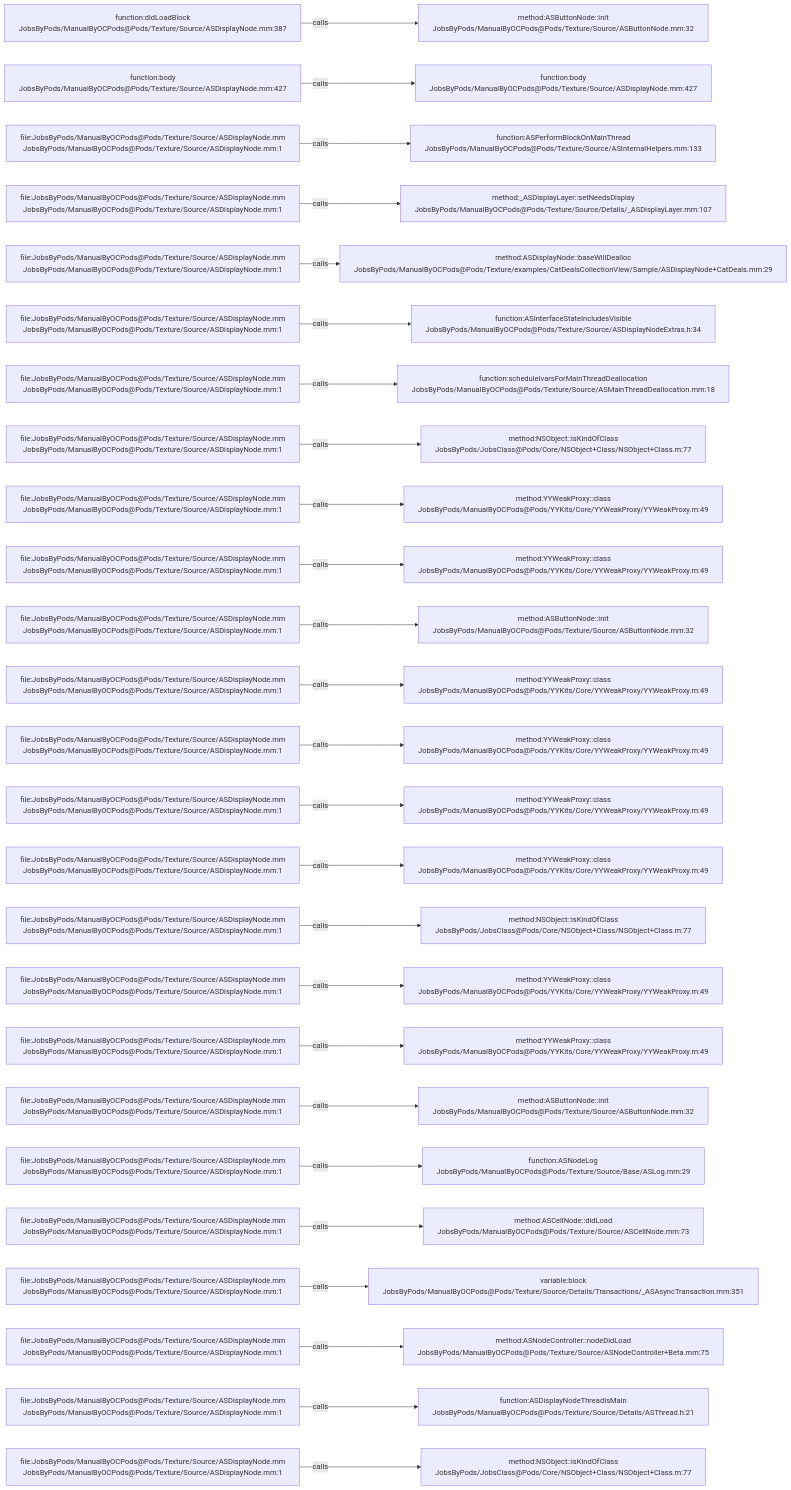
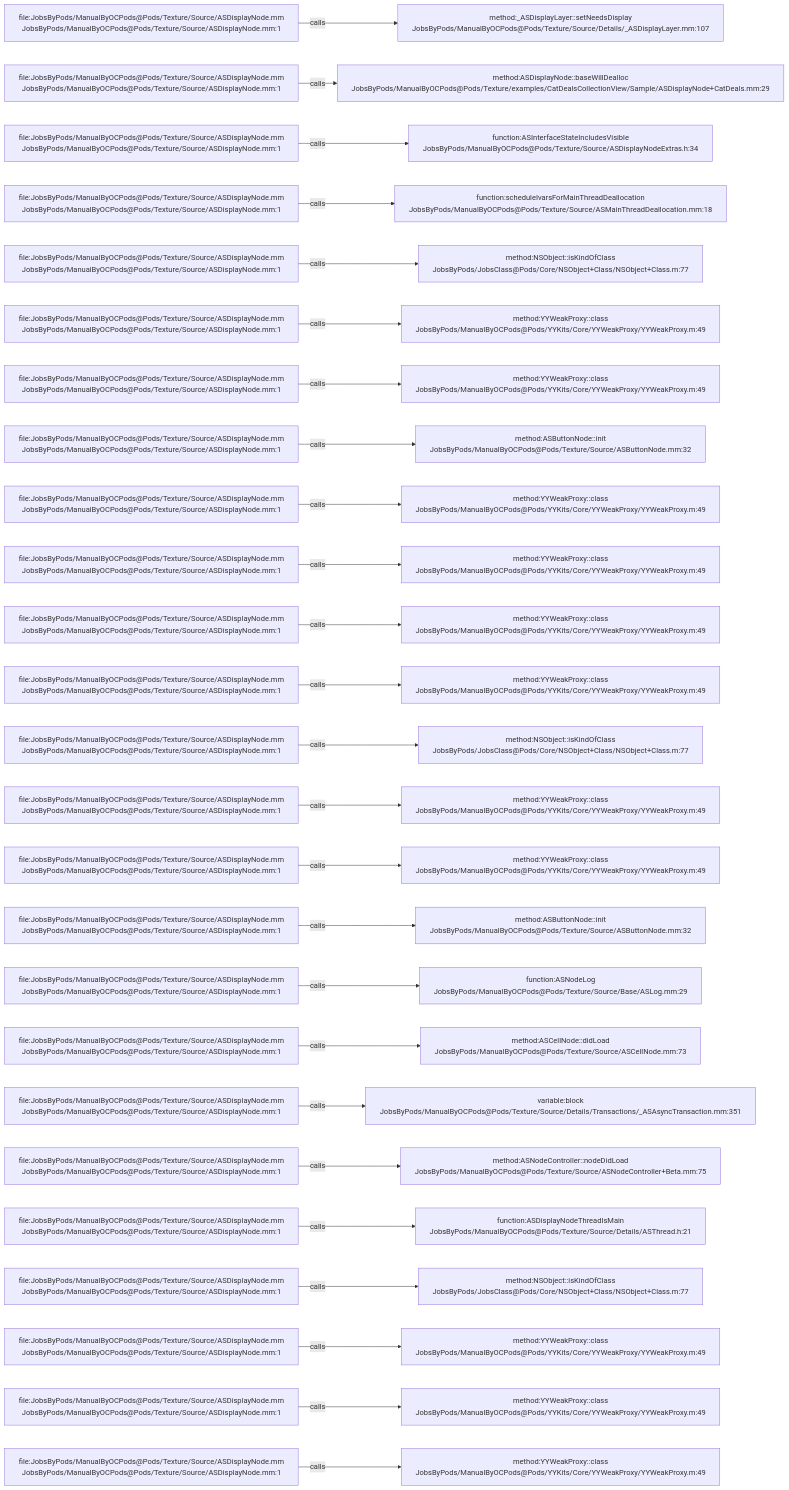
Before and after one commit to JobsKits/JobsOCBaseConfigDemo: the diagram in .codegraph/codegraph.md/graphs/calls-099.md, drawn with Mermaid. The commit also changed 342 other files, not shown here.

````diff
--- a/.codegraph/codegraph.md/graphs/calls-099.md
+++ b/.codegraph/codegraph.md/graphs/calls-099.md
@@ -13,78 +13,78 @@
 ```mermaid
 flowchart LR
-  S1["function:didLoadBlock<br/>JobsByPods/ManualByOCPods@Pods/Texture/Source/ASDisplayNode.mm:387"]
-  T1["method:ASButtonNode::init<br/>JobsByPods/ManualByOCPods@Pods/Texture/Source/ASButtonNode.mm:32"]
+  S1["file:JobsByPods/ManualByOCPods@Pods/Texture/Source/ASDisplayNode.mm<br/>JobsByPods/ManualByOCPods@Pods/Texture/Source/ASDisplayNode.mm:1"]
+  T1["method:_ASDisplayLayer::setNeedsDisplay<br/>JobsByPods/ManualByOCPods@Pods/Texture/Source/Details/_ASDisplayLayer.mm:107"]
   S1 -->|calls| T1
-  S2["function:body<br/>JobsByPods/ManualByOCPods@Pods/Texture/Source/ASDisplayNode.mm:427"]
-  T2["function:body<br/>JobsByPods/ManualByOCPods@Pods/Texture/Source/ASDisplayNode.mm:427"]
+  S2["file:JobsByPods/ManualByOCPods@Pods/Texture/Source/ASDisplayNode.mm<br/>JobsByPods/ManualByOCPods@Pods/Texture/Source/ASDisplayNode.mm:1"]
+  T2["method:ASDisplayNode::baseWillDealloc<br/>JobsByPods/ManualByOCPods@Pods/Texture/examples/CatDealsCollectionView/Sample/ASDisplayNode+CatDeals.mm:29"]
   S2 -->|calls| T2
   S3["file:JobsByPods/ManualByOCPods@Pods/Texture/Source/ASDisplayNode.mm<br/>JobsByPods/ManualByOCPods@Pods/Texture/Source/ASDisplayNode.mm:1"]
-  T3["function:ASPerformBlockOnMainThread<br/>JobsByPods/ManualByOCPods@Pods/Texture/Source/ASInternalHelpers.mm:133"]
+  T3["function:ASInterfaceStateIncludesVisible<br/>JobsByPods/ManualByOCPods@Pods/Texture/Source/ASDisplayNodeExtras.h:34"]
   S3 -->|calls| T3
   S4["file:JobsByPods/ManualByOCPods@Pods/Texture/Source/ASDisplayNode.mm<br/>JobsByPods/ManualByOCPods@Pods/Texture/Source/ASDisplayNode.mm:1"]
-  T4["method:_ASDisplayLayer::setNeedsDisplay<br/>JobsByPods/ManualByOCPods@Pods/Texture/Source/Details/_ASDisplayLayer.mm:107"]
+  T4["function:scheduleIvarsForMainThreadDeallocation<br/>JobsByPods/ManualByOCPods@Pods/Texture/Source/ASMainThreadDeallocation.mm:18"]
   S4 -->|calls| T4
   S5["file:JobsByPods/ManualByOCPods@Pods/Texture/Source/ASDisplayNode.mm<br/>JobsByPods/ManualByOCPods@Pods/Texture/Source/ASDisplayNode.mm:1"]
-  T5["method:ASDisplayNode::baseWillDealloc<br/>JobsByPods/ManualByOCPods@Pods/Texture/examples/CatDealsCollectionView/Sample/ASDisplayNode+CatDeals.mm:29"]
+  T5["method:NSObject::isKindOfClass<br/>JobsByPods/JobsClass@Pods/Core/NSObject+Class/NSObject+Class.m:77"]
   S5 -->|calls| T5
   S6["file:JobsByPods/ManualByOCPods@Pods/Texture/Source/ASDisplayNode.mm<br/>JobsByPods/ManualByOCPods@Pods/Texture/Source/ASDisplayNode.mm:1"]
-  T6["function:ASInterfaceStateIncludesVisible<br/>JobsByPods/ManualByOCPods@Pods/Texture/Source/ASDisplayNodeExtras.h:34"]
+  T6["method:YYWeakProxy::class<br/>JobsByPods/ManualByOCPods@Pods/YYKits/Core/YYWeakProxy/YYWeakProxy.m:49"]
   S6 -->|calls| T6
   S7["file:JobsByPods/ManualByOCPods@Pods/Texture/Source/ASDisplayNode.mm<br/>JobsByPods/ManualByOCPods@Pods/Texture/Source/ASDisplayNode.mm:1"]
-  T7["function:scheduleIvarsForMainThreadDeallocation<br/>JobsByPods/ManualByOCPods@Pods/Texture/Source/ASMainThreadDeallocation.mm:18"]
+  T7["method:YYWeakProxy::class<br/>JobsByPods/ManualByOCPods@Pods/YYKits/Core/YYWeakProxy/YYWeakProxy.m:49"]
   S7 -->|calls| T7
   S8["file:JobsByPods/ManualByOCPods@Pods/Texture/Source/ASDisplayNode.mm<br/>JobsByPods/ManualByOCPods@Pods/Texture/Source/ASDisplayNode.mm:1"]
-  T8["method:NSObject::isKindOfClass<br/>JobsByPods/JobsClass@Pods/Core/NSObject+Class/NSObject+Class.m:77"]
+  T8["method:ASButtonNode::init<br/>JobsByPods/ManualByOCPods@Pods/Texture/Source/ASButtonNode.mm:32"]
   S8 -->|calls| T8
   S9["file:JobsByPods/ManualByOCPods@Pods/Texture/Source/ASDisplayNode.mm<br/>JobsByPods/ManualByOCPods@Pods/Texture/Source/ASDisplayNode.mm:1"]
   T9["method:YYWeakProxy::class<br/>JobsByPods/ManualByOCPods@Pods/YYKits/Core/YYWeakProxy/YYWeakProxy.m:49"]
   S9 -->|calls| T9
   S10["file:JobsByPods/ManualByOCPods@Pods/Texture/Source/ASDisplayNode.mm<br/>JobsByPods/ManualByOCPods@Pods/Texture/Source/ASDisplayNode.mm:1"]
   T10["method:YYWeakProxy::class<br/>JobsByPods/ManualByOCPods@Pods/YYKits/Core/YYWeakProxy/YYWeakProxy.m:49"]
   S10 -->|calls| T10
   S11["file:JobsByPods/ManualByOCPods@Pods/Texture/Source/ASDisplayNode.mm<br/>JobsByPods/ManualByOCPods@Pods/Texture/Source/ASDisplayNode.mm:1"]
-  T11["method:ASButtonNode::init<br/>JobsByPods/ManualByOCPods@Pods/Texture/Source/ASButtonNode.mm:32"]
+  T11["method:YYWeakProxy::class<br/>JobsByPods/ManualByOCPods@Pods/YYKits/Core/YYWeakProxy/YYWeakProxy.m:49"]
   S11 -->|calls| T11
   S12["file:JobsByPods/ManualByOCPods@Pods/Texture/Source/ASDisplayNode.mm<br/>JobsByPods/ManualByOCPods@Pods/Texture/Source/ASDisplayNode.mm:1"]
   T12["method:YYWeakProxy::class<br/>JobsByPods/ManualByOCPods@Pods/YYKits/Core/YYWeakProxy/YYWeakProxy.m:49"]
   S12 -->|calls| T12
   S13["file:JobsByPods/ManualByOCPods@Pods/Texture/Source/ASDisplayNode.mm<br/>JobsByPods/ManualByOCPods@Pods/Texture/Source/ASDisplayNode.mm:1"]
-  T13["method:YYWeakProxy::class<br/>JobsByPods/ManualByOCPods@Pods/YYKits/Core/YYWeakProxy/YYWeakProxy.m:49"]
+  T13["method:NSObject::isKindOfClass<br/>JobsByPods/JobsClass@Pods/Core/NSObject+Class/NSObject+Class.m:77"]
   S13 -->|calls| T13
   S14["file:JobsByPods/ManualByOCPods@Pods/Texture/Source/ASDisplayNode.mm<br/>JobsByPods/ManualByOCPods@Pods/Texture/Source/ASDisplayNode.mm:1"]
   T14["method:YYWeakProxy::class<br/>JobsByPods/ManualByOCPods@Pods/YYKits/Core/YYWeakProxy/YYWeakProxy.m:49"]
   S14 -->|calls| T14
   S15["file:JobsByPods/ManualByOCPods@Pods/Texture/Source/ASDisplayNode.mm<br/>JobsByPods/ManualByOCPods@Pods/Texture/Source/ASDisplayNode.mm:1"]
   T15["method:YYWeakProxy::class<br/>JobsByPods/ManualByOCPods@Pods/YYKits/Core/YYWeakProxy/YYWeakProxy.m:49"]
   S15 -->|calls| T15
   S16["file:JobsByPods/ManualByOCPods@Pods/Texture/Source/ASDisplayNode.mm<br/>JobsByPods/ManualByOCPods@Pods/Texture/Source/ASDisplayNode.mm:1"]
-  T16["method:NSObject::isKindOfClass<br/>JobsByPods/JobsClass@Pods/Core/NSObject+Class/NSObject+Class.m:77"]
+  T16["method:ASButtonNode::init<br/>JobsByPods/ManualByOCPods@Pods/Texture/Source/ASButtonNode.mm:32"]
   S16 -->|calls| T16
   S17["file:JobsByPods/ManualByOCPods@Pods/Texture/Source/ASDisplayNode.mm<br/>JobsByPods/ManualByOCPods@Pods/Texture/Source/ASDisplayNode.mm:1"]
-  T17["method:YYWeakProxy::class<br/>JobsByPods/ManualByOCPods@Pods/YYKits/Core/YYWeakProxy/YYWeakProxy.m:49"]
+  T17["function:ASNodeLog<br/>JobsByPods/ManualByOCPods@Pods/Texture/Source/Base/ASLog.mm:29"]
   S17 -->|calls| T17
   S18["file:JobsByPods/ManualByOCPods@Pods/Texture/Source/ASDisplayNode.mm<br/>JobsByPods/ManualByOCPods@Pods/Texture/Source/ASDisplayNode.mm:1"]
-  T18["method:YYWeakProxy::class<br/>JobsByPods/ManualByOCPods@Pods/YYKits/Core/YYWeakProxy/YYWeakProxy.m:49"]
+  T18["method:ASCellNode::didLoad<br/>JobsByPods/ManualByOCPods@Pods/Texture/Source/ASCellNode.mm:73"]
   S18 -->|calls| T18
   S19["file:JobsByPods/ManualByOCPods@Pods/Texture/Source/ASDisplayNode.mm<br/>JobsByPods/ManualByOCPods@Pods/Texture/Source/ASDisplayNode.mm:1"]
-  T19["method:ASButtonNode::init<br/>JobsByPods/ManualByOCPods@Pods/Texture/Source/ASButtonNode.mm:32"]
+  T19["variable:block<br/>JobsByPods/ManualByOCPods@Pods/Texture/Source/Details/Transactions/_ASAsyncTransaction.mm:351"]
   S19 -->|calls| T19
   S20["file:JobsByPods/ManualByOCPods@Pods/Texture/Source/ASDisplayNode.mm<br/>JobsByPods/ManualByOCPods@Pods/Texture/Source/ASDisplayNode.mm:1"]
-  T20["function:ASNodeLog<br/>JobsByPods/ManualByOCPods@Pods/Texture/Source/Base/ASLog.mm:29"]
+  T20["method:ASNodeController::nodeDidLoad<br/>JobsByPods/ManualByOCPods@Pods/Texture/Source/ASNodeController+Beta.mm:75"]
   S20 -->|calls| T20
   S21["file:JobsByPods/ManualByOCPods@Pods/Texture/Source/ASDisplayNode.mm<br/>JobsByPods/ManualByOCPods@Pods/Texture/Source/ASDisplayNode.mm:1"]
-  T21["method:ASCellNode::didLoad<br/>JobsByPods/ManualByOCPods@Pods/Texture/Source/ASCellNode.mm:73"]
+  T21["function:ASDisplayNodeThreadIsMain<br/>JobsByPods/ManualByOCPods@Pods/Texture/Source/Details/ASThread.h:21"]
   S21 -->|calls| T21
   S22["file:JobsByPods/ManualByOCPods@Pods/Texture/Source/ASDisplayNode.mm<br/>JobsByPods/ManualByOCPods@Pods/Texture/Source/ASDisplayNode.mm:1"]
-  T22["variable:block<br/>JobsByPods/ManualByOCPods@Pods/Texture/Source/Details/Transactions/_ASAsyncTransaction.mm:351"]
+  T22["method:NSObject::isKindOfClass<br/>JobsByPods/JobsClass@Pods/Core/NSObject+Class/NSObject+Class.m:77"]
   S22 -->|calls| T22
   S23["file:JobsByPods/ManualByOCPods@Pods/Texture/Source/ASDisplayNode.mm<br/>JobsByPods/ManualByOCPods@Pods/Texture/Source/ASDisplayNode.mm:1"]
-  T23["method:ASNodeController::nodeDidLoad<br/>JobsByPods/ManualByOCPods@Pods/Texture/Source/ASNodeController+Beta.mm:75"]
+  T23["method:YYWeakProxy::class<br/>JobsByPods/ManualByOCPods@Pods/YYKits/Core/YYWeakProxy/YYWeakProxy.m:49"]
   S23 -->|calls| T23
   S24["file:JobsByPods/ManualByOCPods@Pods/Texture/Source/ASDisplayNode.mm<br/>JobsByPods/ManualByOCPods@Pods/Texture/Source/ASDisplayNode.mm:1"]
-  T24["function:ASDisplayNodeThreadIsMain<br/>JobsByPods/ManualByOCPods@Pods/Texture/Source/Details/ASThread.h:21"]
+  T24["method:YYWeakProxy::class<br/>JobsByPods/ManualByOCPods@Pods/YYKits/Core/YYWeakProxy/YYWeakProxy.m:49"]
   S24 -->|calls| T24
   S25["file:JobsByPods/ManualByOCPods@Pods/Texture/Source/ASDisplayNode.mm<br/>JobsByPods/ManualByOCPods@Pods/Texture/Source/ASDisplayNode.mm:1"]
-  T25["method:NSObject::isKindOfClass<br/>JobsByPods/JobsClass@Pods/Core/NSObject+Class/NSObject+Class.m:77"]
+  T25["method:YYWeakProxy::class<br/>JobsByPods/ManualByOCPods@Pods/YYKits/Core/YYWeakProxy/YYWeakProxy.m:49"]
   S25 -->|calls| T25
 ```
````
